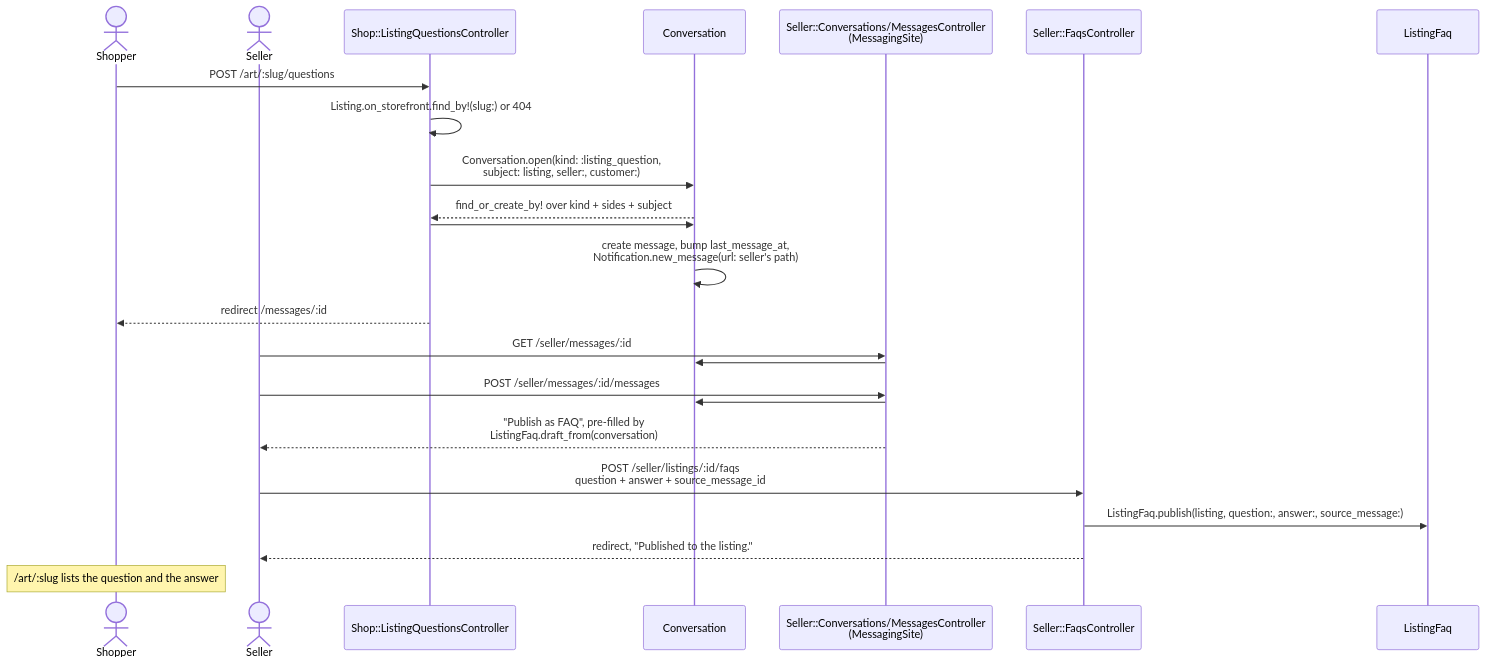
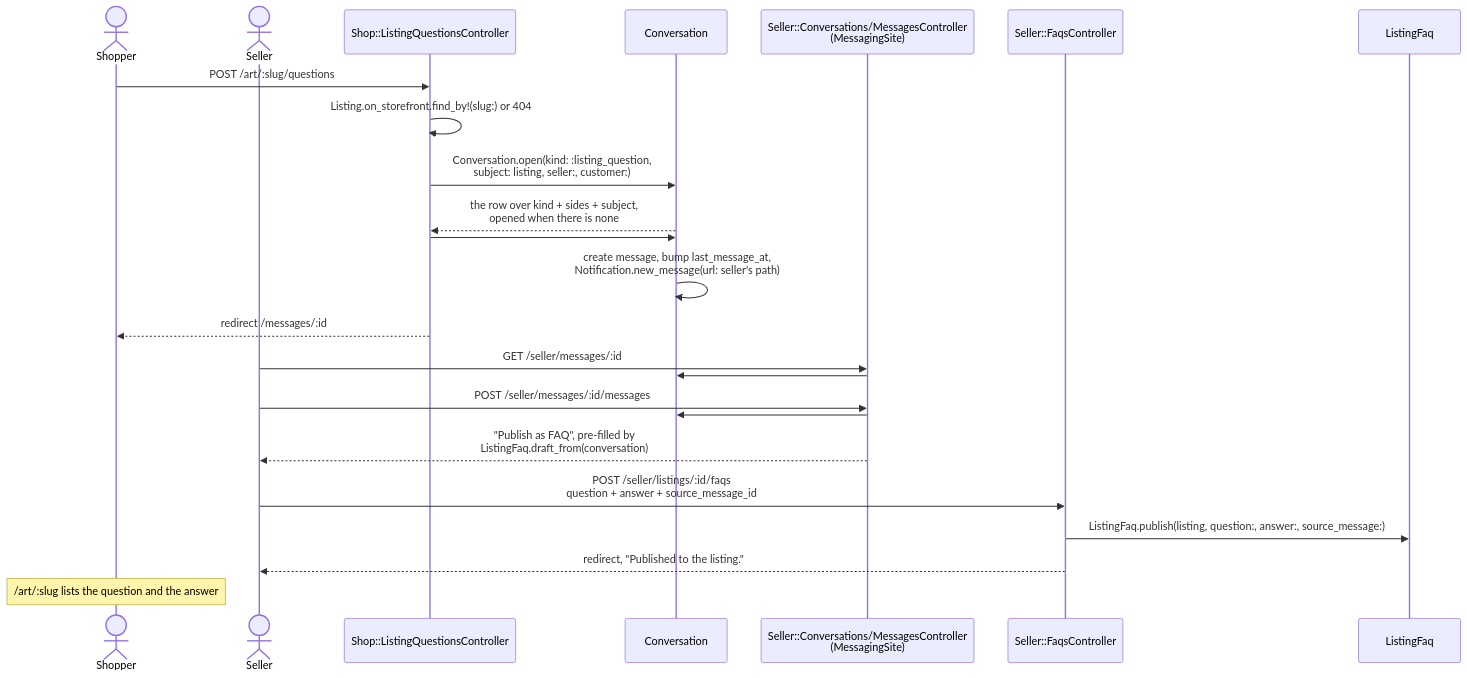
The first of 4 diagrams in prototype/rails/docs/messaging.md (jonathan-beebe/art-store), drawn with Mermaid before and after one commit. The commit also changed other lines of this file and 10 other files, not shown here.

````diff
--- a/prototype/rails/docs/messaging.md
+++ b/prototype/rails/docs/messaging.md
@@ -56,28 +56,28 @@
 ```mermaid
 sequenceDiagram
     actor Shopper
     actor Seller
     participant Ask as Shop::ListingQuestionsController#create
     participant Conv as Conversation
     participant Thread as Seller::Conversations/MessagesController<br/>(MessagingSite)
     participant Publish as Seller::FaqsController#create
     participant Faq as ListingFaq
 
     Shopper->>Ask: POST /art/:slug/questions
     Ask->>Ask: Listing.on_storefront.find_by!(slug:) or 404
     Ask->>Conv: Conversation.open(kind: :listing_question,<br/>subject: listing, seller:, customer:)
-    Conv-->>Ask: find_or_create_by! over kind + sides + subject
+    Conv-->>Ask: the row over kind + sides + subject,<br/>opened when there is none
     Ask->>Conv: #post!(current_customer, body)
     Conv->>Conv: create message, bump last_message_at,<br/>Notification.new_message(url: seller's path)
     Ask-->>Shopper: redirect /messages/:id
 
     Seller->>Thread: GET /seller/messages/:id
     Thread->>Conv: #read_by!(current_seller)
     Seller->>Thread: POST /seller/messages/:id/messages
     Thread->>Conv: #post!(current_seller, body)
     Thread-->>Seller: "Publish as FAQ", pre-filled by<br/>ListingFaq.draft_from(conversation)
     Seller->>Publish: POST /seller/listings/:id/faqs<br/>question + answer + source_message_id
     Publish->>Faq: ListingFaq.publish(listing, question:, answer:, source_message:)
     Publish-->>Seller: redirect, "Published to the listing."
     Note over Shopper: /art/:slug lists the question and the answer
 ```
````
